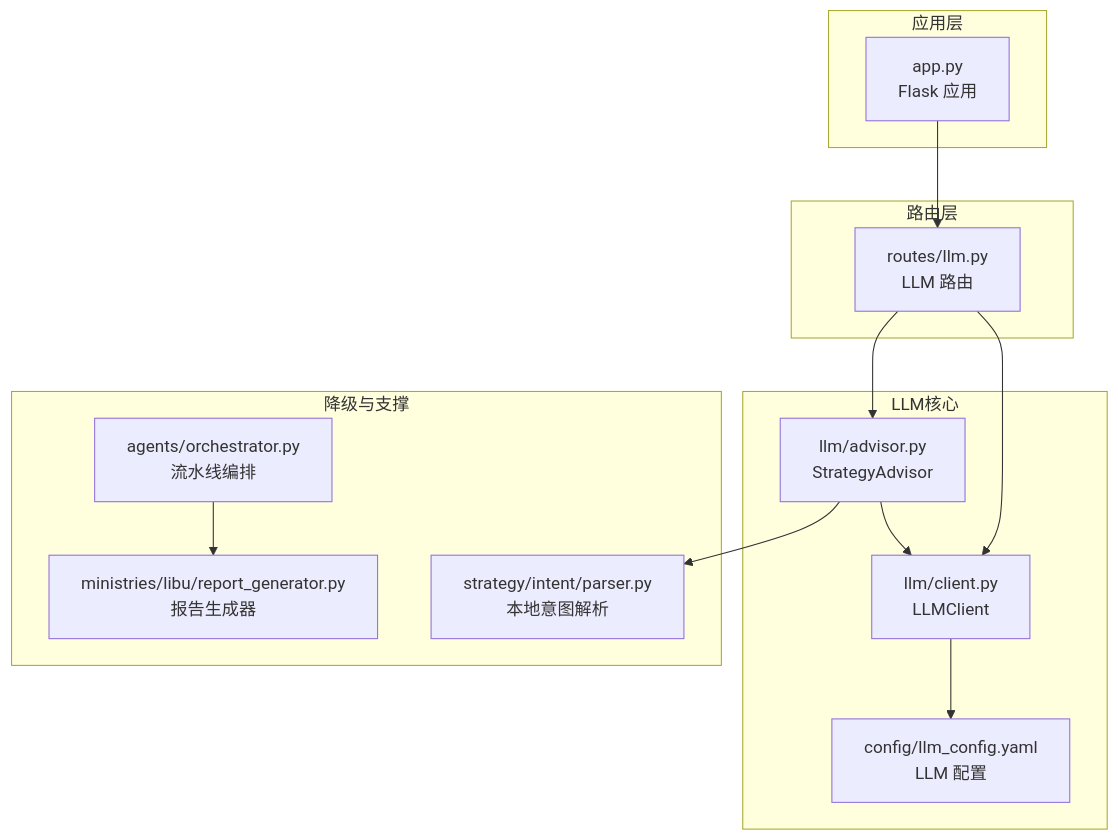
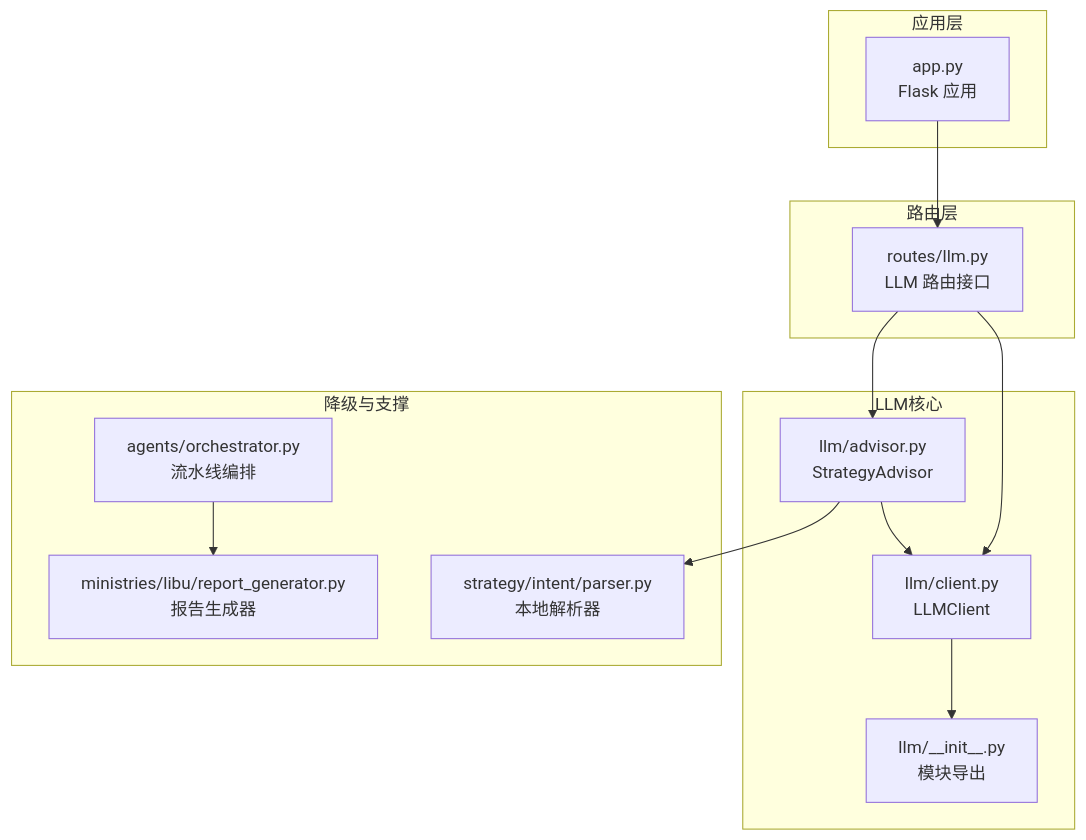
One commit to Magicer2024/AIQuant changed the first of 5 diagrams in .qoder/repowiki/zh/content/大语言模型集成.md. Above: the diagram before and after it, drawn with Mermaid. The commit also changed other lines of this file and 62 other files, not shown here.

First line of the commit message:
refactor: migrate modules to 六部 ministries architecture

````diff
--- a/.qoder/repowiki/zh/content/大语言模型集成.md
+++ b/.qoder/repowiki/zh/content/大语言模型集成.md
@@ -44,26 +50,26 @@
 ```mermaid
 graph TB
 subgraph "应用层"
 APP["app.py<br/>Flask 应用"]
 end
 subgraph "路由层"
-ROUTES_LLM["routes/llm.py<br/>LLM 路由"]
+ROUTES_LLM["routes/llm.py<br/>LLM 路由接口"]
 end
 subgraph "LLM核心"
 CLIENT["llm/client.py<br/>LLMClient"]
 ADVISOR["llm/advisor.py<br/>StrategyAdvisor"]
-CFG["config/llm_config.yaml<br/>LLM 配置"]
+INIT["llm/__init__.py<br/>模块导出"]
 end
 subgraph "降级与支撑"
-INTENT["strategy/intent/parser.py<br/>本地意图解析"]
+INTENT["strategy/intent/parser.py<br/>本地解析器"]
 REPORT["ministries/libu/report_generator.py<br/>报告生成器"]
 ORCH["agents/orchestrator.py<br/>流水线编排"]
 end
 APP --> ROUTES_LLM
 ROUTES_LLM --> CLIENT
 ROUTES_LLM --> ADVISOR
-CLIENT --> CFG
+CLIENT --> INIT
 ADVISOR --> CLIENT
 ADVISOR --> INTENT
 ORCH --> REPORT
 ```
````
